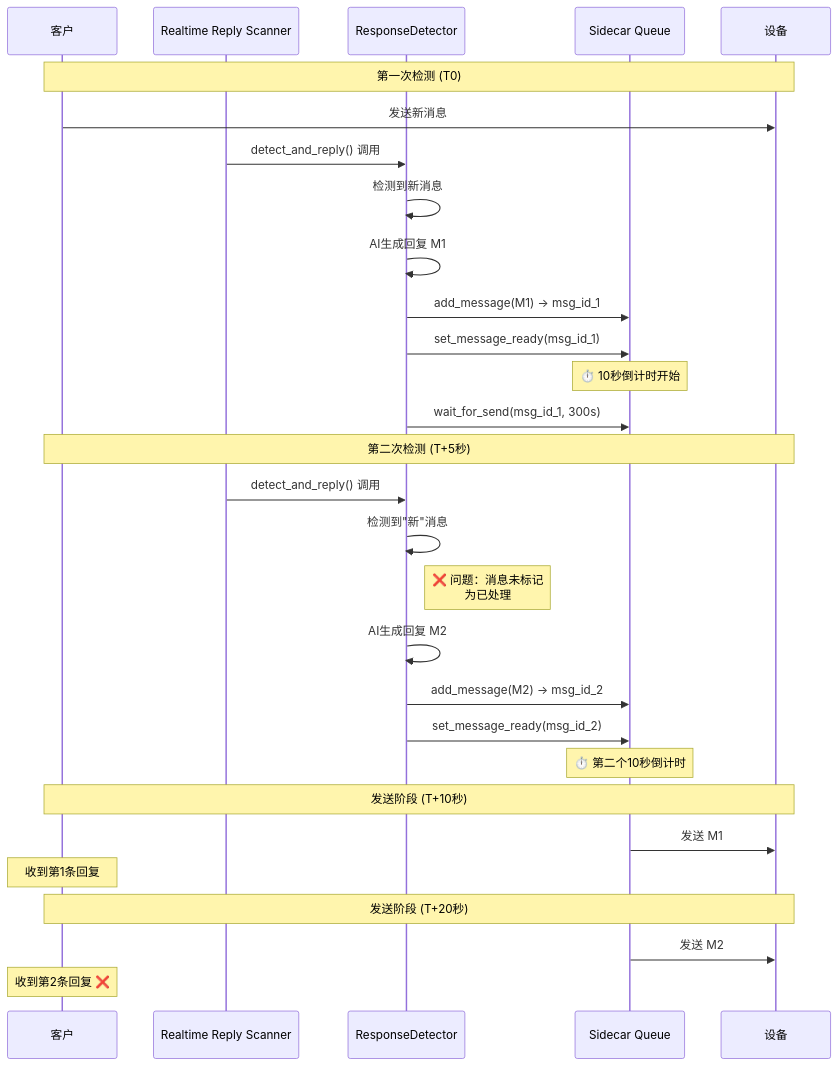
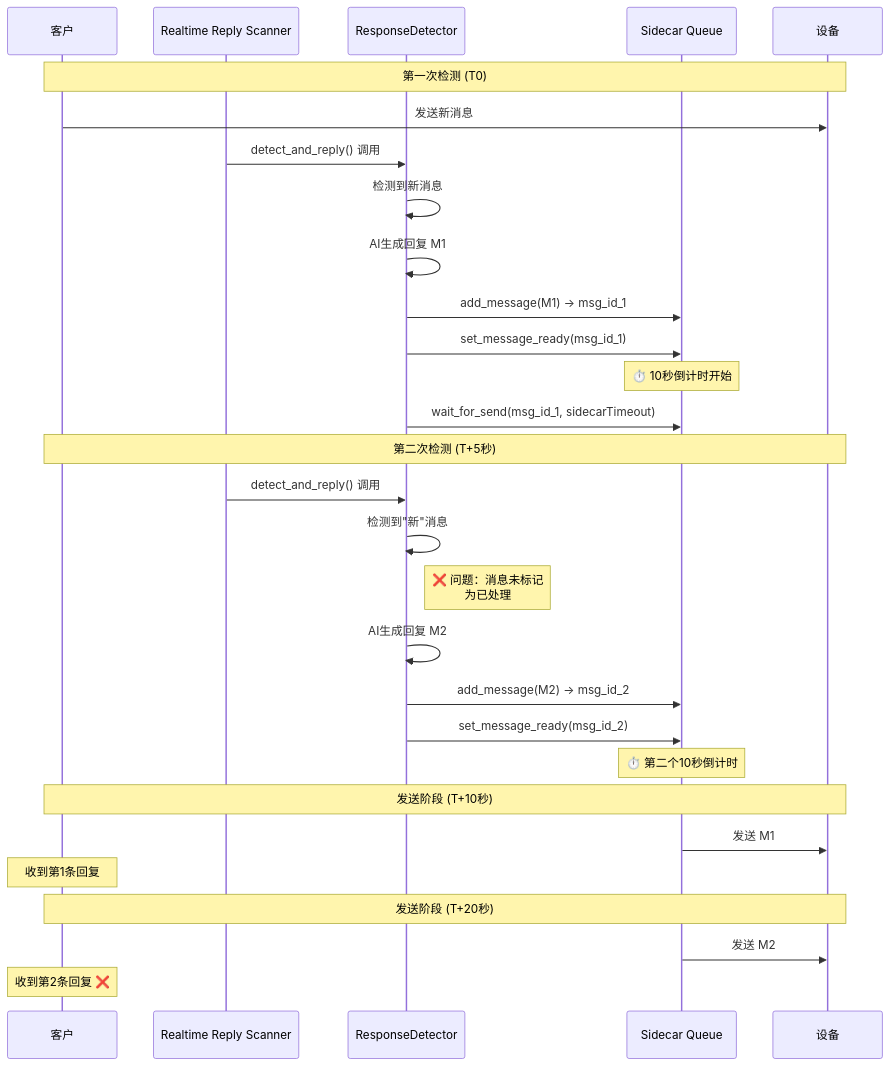
Before and after one commit to sundejia/android_run_1.0: the diagram in docs/04-bugs-and-fixes/active/2026-02-06-realtime-reply-duplicate-during-countdown.md, drawn with Mermaid. The commit also changed other lines of this file and 17 other files, not shown here.

First line of the commit message:
feat(sidecar): default daytime review timeout 60s

````diff
--- a/docs/04-bugs-and-fixes/active/2026-02-06-realtime-reply-duplicate-during-countdown.md
+++ b/docs/04-bugs-and-fixes/active/2026-02-06-realtime-reply-duplicate-during-countdown.md
@@ -41,35 +43,35 @@
 ```mermaid
 sequenceDiagram
     participant Customer as 客户
     participant Scanner as Realtime Reply Scanner
     participant Detector as ResponseDetector
     participant Sidecar as Sidecar Queue
     participant Device as 设备
 
     Note over Customer,Device: 第一次检测 (T0)
     Customer->>Device: 发送新消息
     Scanner->>Detector: detect_and_reply() 调用
     Detector->>Detector: 检测到新消息
     Detector->>Detector: AI生成回复 M1
     Detector->>Sidecar: add_message(M1) → msg_id_1
     Detector->>Sidecar: set_message_ready(msg_id_1)
     Note over Sidecar: ⏱️ 10秒倒计时开始
-    Detector->>Sidecar: wait_for_send(msg_id_1, 300s)
+    Detector->>Sidecar: wait_for_send(msg_id_1, sidecarTimeout)
 
     Note over Customer,Device: 第二次检测 (T+5秒)
     Scanner->>Detector: detect_and_reply() 调用
     Detector->>Detector: 检测到"新"消息
     Note right of Detector: ❌ 问题：消息未标记<br/>为已处理
     Detector->>Detector: AI生成回复 M2
     Detector->>Sidecar: add_message(M2) → msg_id_2
     Detector->>Sidecar: set_message_ready(msg_id_2)
     Note over Sidecar: ⏱️ 第二个10秒倒计时
 
     Note over Customer,Device: 发送阶段 (T+10秒)
     Sidecar->>Device: 发送 M1
     Note over Customer: 收到第1条回复
 
     Note over Customer,Device: 发送阶段 (T+20秒)
     Sidecar->>Device: 发送 M2
     Note over Customer: 收到第2条回复 ❌
 ```
````
